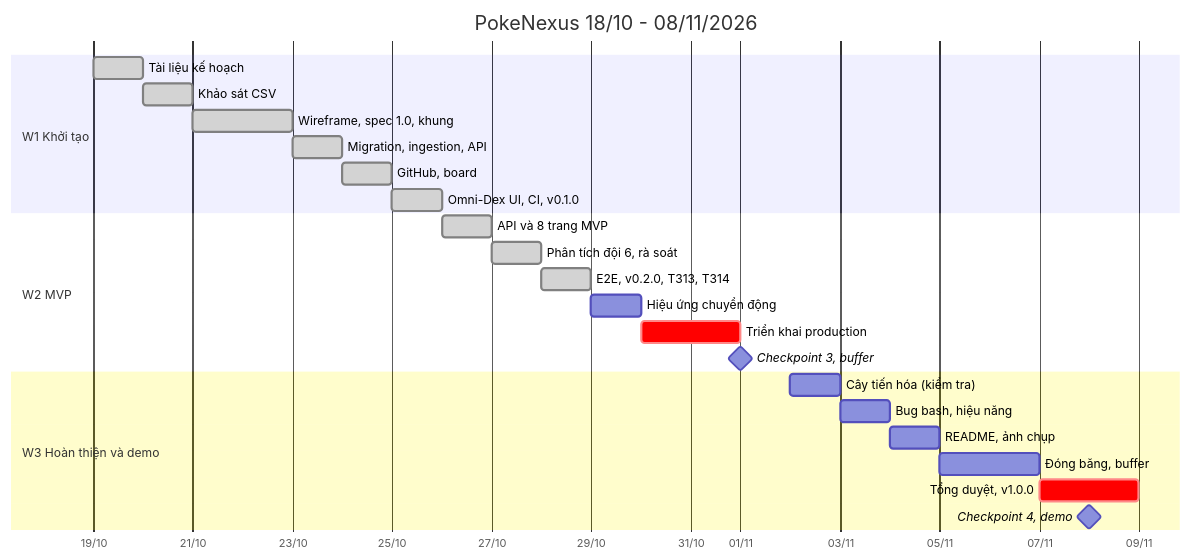
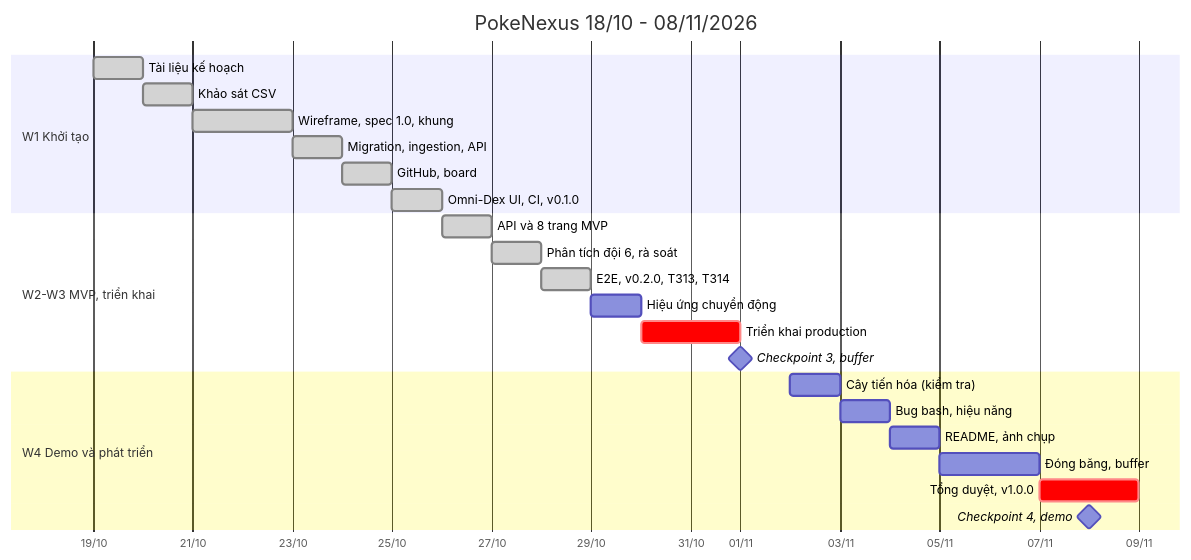
Before and after one commit to Nha-Cong-Dong/PokeNexus: the diagram in docs/roadmap.md, drawn with Mermaid. The commit also changed other lines of this file and 8 other files, not shown here.

````diff
--- a/docs/roadmap.md
+++ b/docs/roadmap.md
@@ -41,27 +42,27 @@
 ```mermaid
 gantt
     title PokeNexus 18/10 - 08/11/2026
     dateFormat YYYY-MM-DD
     axisFormat %d/%m
     section W1 Khởi tạo
     Tài liệu kế hoạch            :done, t101, 2026-10-19, 1d
     Khảo sát CSV                 :done, t102, 2026-10-20, 1d
     Wireframe, spec 1.0, khung   :done, t103, 2026-10-21, 2d
     Migration, ingestion, API    :done, t204, 2026-10-23, 1d
     GitHub, board                :done, t104, 2026-10-24, 1d
     Omni-Dex UI, CI, v0.1.0      :done, t209, 2026-10-25, 1d
-    section W2 MVP
+    section W2-W3 MVP, triển khai
     API và 8 trang MVP           :done, t302, 2026-10-26, 1d
     Phân tích đội 6, rà soát     :done, t309, 2026-10-27, 1d
     E2E, v0.2.0, T313, T314      :done, t310, 2026-10-28, 1d
     Hiệu ứng chuyển động         :t315, 2026-10-29, 1d
     Triển khai production        :crit, t403, 2026-10-30, 2d
     Checkpoint 3, buffer         :milestone, cp3, 2026-11-01, 0d
-    section W3 Hoàn thiện và demo
+    section W4 Demo và phát triển
     Cây tiến hóa (kiểm tra)      :t401, 2026-11-02, 1d
     Bug bash, hiệu năng          :t404, 2026-11-03, 1d
     README, ảnh chụp             :t405, 2026-11-04, 1d
     Đóng băng, buffer            :buf3, 2026-11-05, 2d
     Tổng duyệt, v1.0.0           :crit, t407, 2026-11-07, 2d
     Checkpoint 4, demo           :milestone, cp4, 2026-11-08, 0d
 ```
````
